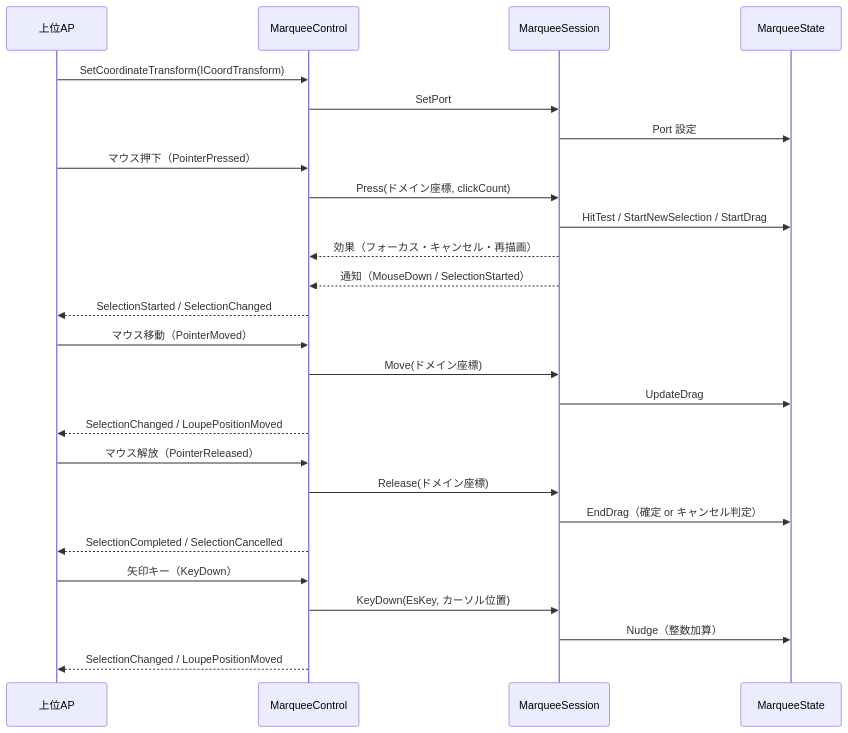
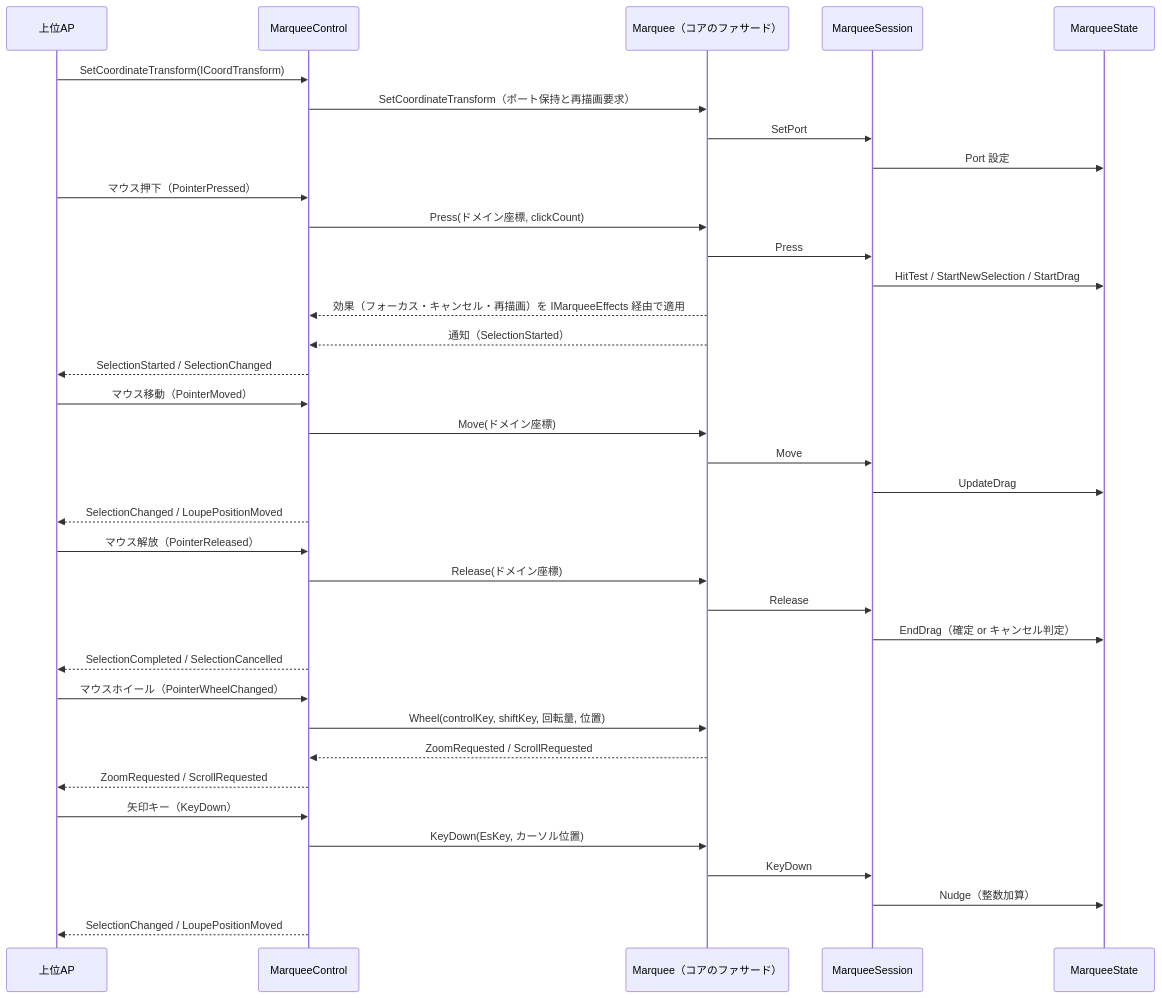
One commit to tomokuni/SaveEvidence changed the second of 2 diagrams in src/MarqueeControl.AvaloniaUI/SPEC_System.md. Above: the diagram before and after it, drawn with Mermaid. The commit also changed other lines of this file and 201 other files, not shown here.

````diff
--- a/src/MarqueeControl.AvaloniaUI/SPEC_System.md
+++ b/src/MarqueeControl.AvaloniaUI/SPEC_System.md
@@ -242,33 +265,44 @@
 ```mermaid
 sequenceDiagram
     participant AP as 上位AP
     participant Ctl as MarqueeControl
+    participant Fac as Marquee（コアのファサード）
     participant Ses as MarqueeSession
     participant Stt as MarqueeState
 
     AP->>Ctl: SetCoordinateTransform(ICoordTransform)
-    Ctl->>Ses: SetPort
+    Ctl->>Fac: SetCoordinateTransform（ポート保持と再描画要求）
+    Fac->>Ses: SetPort
     Ses->>Stt: Port 設定
 
     AP->>Ctl: マウス押下（PointerPressed）
-    Ctl->>Ses: Press(ドメイン座標, clickCount)
+    Ctl->>Fac: Press(ドメイン座標, clickCount)
+    Fac->>Ses: Press
     Ses->>Stt: HitTest / StartNewSelection / StartDrag
-    Ses-->>Ctl: 効果（フォーカス・キャンセル・再描画）
-    Ses-->>Ctl: 通知（MouseDown / SelectionStarted）
+    Fac-->>Ctl: 効果（フォーカス・キャンセル・再描画）を IMarqueeEffects 経由で適用
+    Fac-->>Ctl: 通知（SelectionStarted）
     Ctl-->>AP: SelectionStarted / SelectionChanged
 
     AP->>Ctl: マウス移動（PointerMoved）
-    Ctl->>Ses: Move(ドメイン座標)
+    Ctl->>Fac: Move(ドメイン座標)
+    Fac->>Ses: Move
     Ses->>Stt: UpdateDrag
     Ctl-->>AP: SelectionChanged / LoupePositionMoved
 
     AP->>Ctl: マウス解放（PointerReleased）
-    Ctl->>Ses: Release(ドメイン座標)
+    Ctl->>Fac: Release(ドメイン座標)
+    Fac->>Ses: Release
     Ses->>Stt: EndDrag（確定 or キャンセル判定）
     Ctl-->>AP: SelectionCompleted / SelectionCancelled
 
+    AP->>Ctl: マウスホイール（PointerWheelChanged）
+    Ctl->>Fac: Wheel(controlKey, shiftKey, 回転量, 位置)
+    Fac-->>Ctl: ZoomRequested / ScrollRequested
+    Ctl-->>AP: ZoomRequested / ScrollRequested
+
     AP->>Ctl: 矢印キー（KeyDown）
-    Ctl->>Ses: KeyDown(EsKey, カーソル位置)
+    Ctl->>Fac: KeyDown(EsKey, カーソル位置)
+    Fac->>Ses: KeyDown
     Ses->>Stt: Nudge（整数加算）
     Ctl-->>AP: SelectionChanged / LoupePositionMoved
 ```
````
